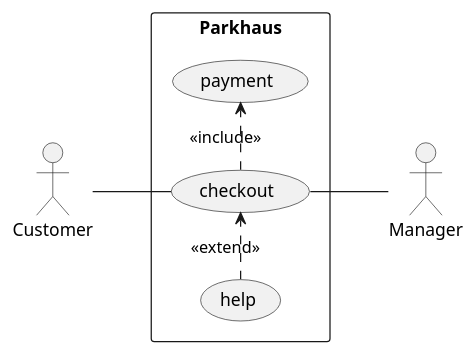
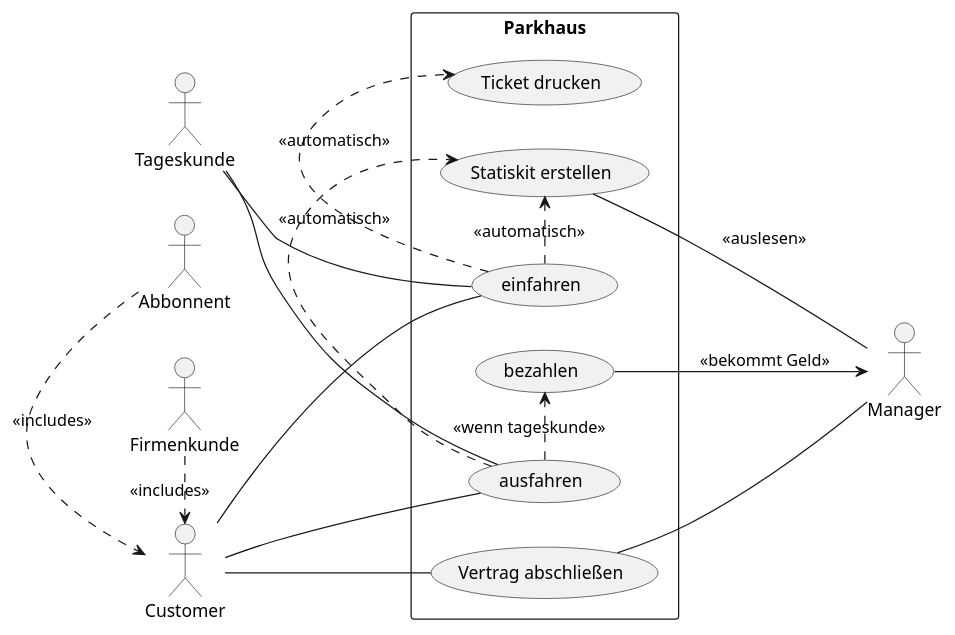
The diagram in src/main/Use_Case-Diagramm.puml (bitsandbyt3/SE11), drawn with PlantUML before and after one commit.

Commit message:
Use Case-Diagramm 4.2

```diff
--- a/src/main/Use_Case-Diagramm.puml
+++ b/src/main/Use_Case-Diagramm.puml
@@ -2,12 +2,25 @@
 @startuml
 left to right direction
 skinparam packageStyle rectangle
 actor Customer
 actor Manager
+actor Tageskunde
+actor Firmenkunde
+actor Abbonnent
 rectangle Parkhaus {
-  Customer -- (checkout)
-  (checkout) .> (payment) : <<include>>
-  (help) .> (checkout) : <<extend>>
-  (checkout) -- Manager
+  Customer -- (einfahren)
+  Firmenkunde .> Customer :<<includes>>
+  Abbonnent .> Customer :<<includes>>
+  Tageskunde -- (einfahren)
+  Customer -- (ausfahren)
+  Tageskunde -- (ausfahren)
+  (einfahren) .> (Ticket drucken) : <<automatisch>>
+  (einfahren) .> (Statiskit erstellen) : <<automatisch>>
+  (ausfahren) .> (Statiskit erstellen) : <<automatisch>>
+  (Statiskit erstellen) -- Manager : <<auslesen>>
+  Customer -- (Vertrag abschließen)
+  (Vertrag abschließen) -- Manager
+  (ausfahren) .> (bezahlen) : <<wenn tageskunde>>
+  (bezahlen) --> Manager : <<bekommt Geld>>
 }
 @enduml
```
